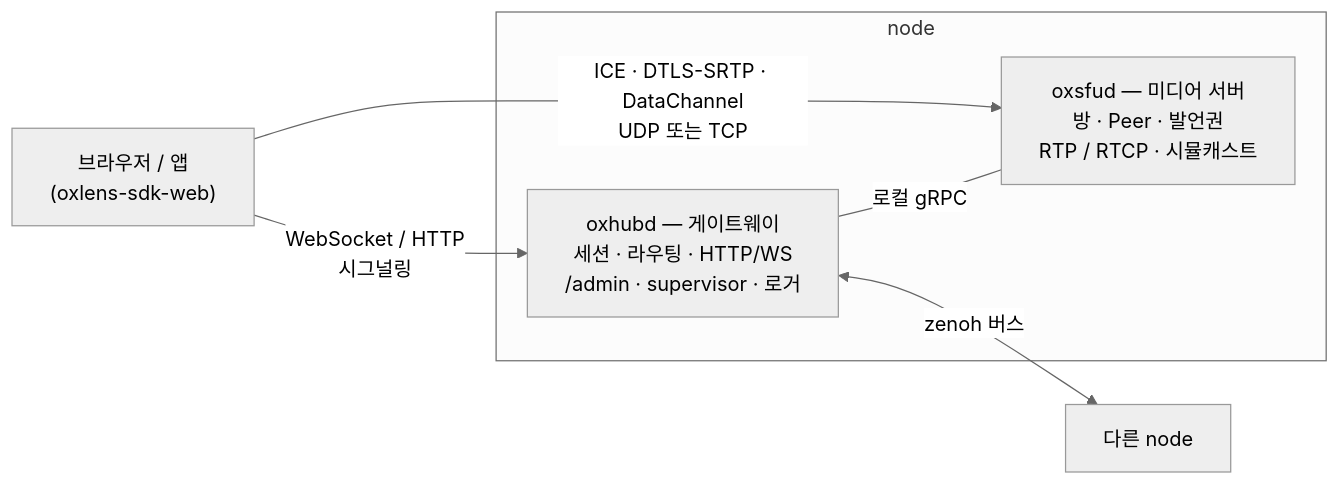
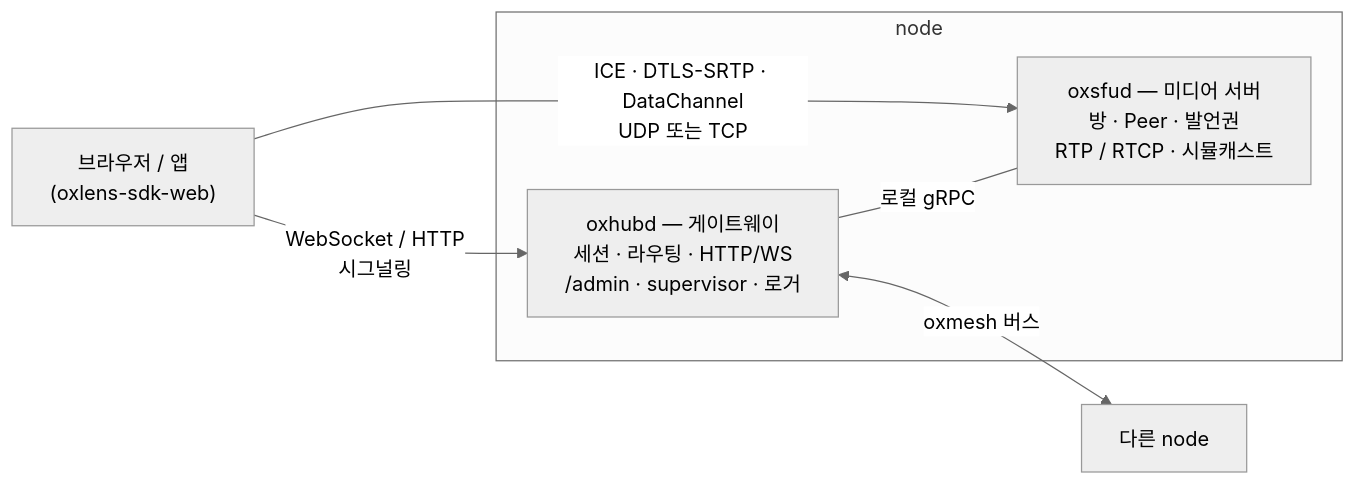
One commit to kodeholic9/oxlens-sfu changed the diagram in README.ko.md. Above: the diagram before and after it, drawn with Mermaid (neutral theme). The commit also changed other lines of this file and 29 other files, not shown here.

````diff
--- a/README.ko.md
+++ b/README.ko.md
@@ -36,13 +36,13 @@
 ```mermaid
 flowchart LR
   C["브라우저 / 앱<br/>(oxlens-sdk-web)"]
   subgraph N1["node"]
     H["oxhubd — 게이트웨이<br/>세션 · 라우팅 · HTTP/WS<br/>/admin · supervisor · 로거"]
     S["oxsfud — 미디어 서버<br/>방 · Peer · 발언권<br/>RTP / RTCP · 시뮬캐스트"]
     H -- "로컬 gRPC" --- S
   end
   N2["다른 node"]
   C -- "WebSocket / HTTP<br/>시그널링" --> H
   C -- "ICE · DTLS-SRTP · DataChannel<br/>UDP 또는 TCP" --> S
-  H <-- "zenoh 버스" --> N2
+  H <-- "oxmesh 버스" --> N2
 ```
````
